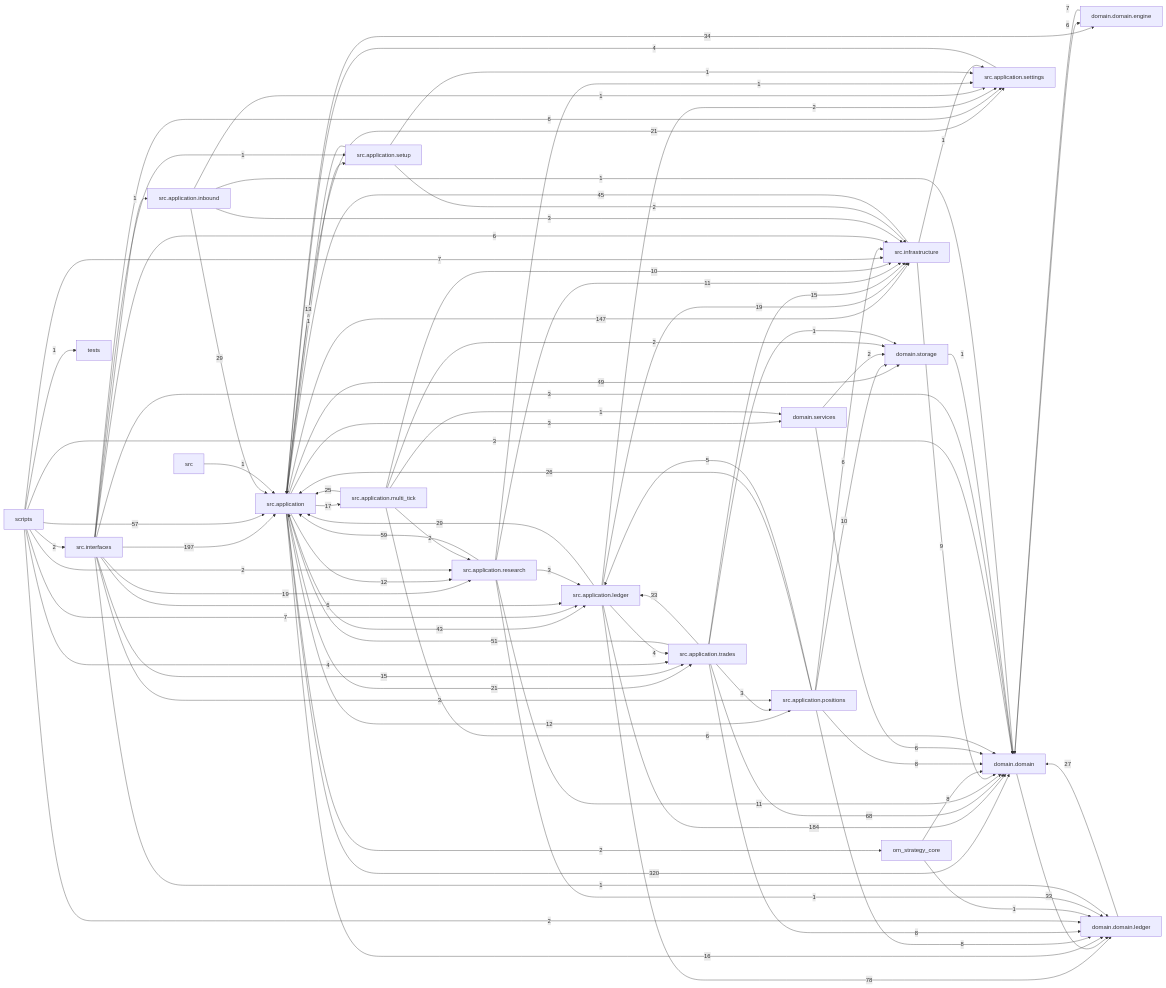
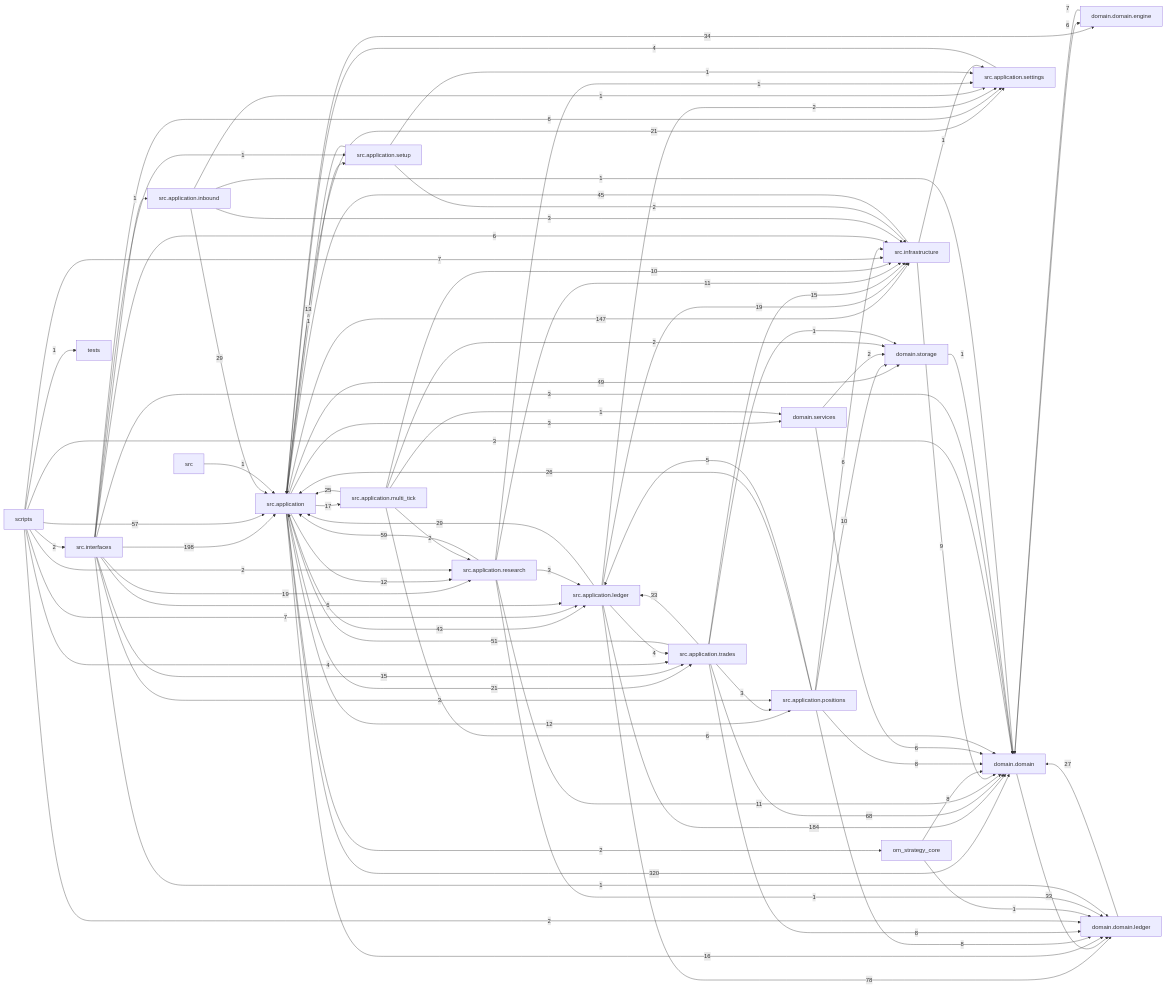
The diagram in docs/dependency_graph.mmd (liuxie066/options-monitor), drawn with Mermaid before and after one commit. The commit also changed 10 other files, not shown here.

```diff
--- a/docs/dependency_graph.mmd
+++ b/docs/dependency_graph.mmd
@@ -1,87 +1,87 @@
 flowchart LR
   src_application["src.application"] -->|320| domain_domain["domain.domain"]
-  src_interfaces["src.interfaces"] -->|197| src_application["src.application"]
+  src_interfaces["src.interfaces"] -->|198| src_application["src.application"]
   src_application_ledger["src.application.ledger"] -->|184| domain_domain["domain.domain"]
   src_application["src.application"] -->|147| src_infrastructure["src.infrastructure"]
   src_application_ledger["src.application.ledger"] -->|78| domain_domain_ledger["domain.domain.ledger"]
   src_application_trades["src.application.trades"] -->|68| domain_domain["domain.domain"]
   src_application_research["src.application.research"] -->|59| src_application["src.application"]
   scripts["scripts"] -->|57| src_application["src.application"]
   src_application_trades["src.application.trades"] -->|51| src_application["src.application"]
   src_application["src.application"] -->|49| domain_storage["domain.storage"]
   src_infrastructure["src.infrastructure"] -->|45| src_application["src.application"]
   src_application["src.application"] -->|43| src_application_ledger["src.application.ledger"]
   src_application["src.application"] -->|34| domain_domain_engine["domain.domain.engine"]
   domain_domain["domain.domain"] -->|33| domain_domain_ledger["domain.domain.ledger"]
   src_application_trades["src.application.trades"] -->|33| src_application_ledger["src.application.ledger"]
   src_application_inbound["src.application.inbound"] -->|29| src_application["src.application"]
   src_application_ledger["src.application.ledger"] -->|29| src_application["src.application"]
   domain_domain_ledger["domain.domain.ledger"] -->|27| domain_domain["domain.domain"]
   src_application_positions["src.application.positions"] -->|26| src_application["src.application"]
   src_application_multi_tick["src.application.multi_tick"] -->|25| src_application["src.application"]
   src_application["src.application"] -->|21| src_application_settings["src.application.settings"]
   src_application["src.application"] -->|21| src_application_trades["src.application.trades"]
   src_application_ledger["src.application.ledger"] -->|19| src_infrastructure["src.infrastructure"]
   src_interfaces["src.interfaces"] -->|19| src_application_research["src.application.research"]
   src_application["src.application"] -->|17| src_application_multi_tick["src.application.multi_tick"]
   src_application["src.application"] -->|16| domain_domain_ledger["domain.domain.ledger"]
   src_application_trades["src.application.trades"] -->|15| src_infrastructure["src.infrastructure"]
   src_interfaces["src.interfaces"] -->|15| src_application_trades["src.application.trades"]
   src_application_setup["src.application.setup"] -->|13| src_application["src.application"]
   src_application["src.application"] -->|12| src_application_positions["src.application.positions"]
   src_application["src.application"] -->|12| src_application_research["src.application.research"]
   src_application_research["src.application.research"] -->|11| domain_domain["domain.domain"]
   src_application_research["src.application.research"] -->|11| src_infrastructure["src.infrastructure"]
   src_application_multi_tick["src.application.multi_tick"] -->|10| src_infrastructure["src.infrastructure"]
   src_application_positions["src.application.positions"] -->|10| domain_storage["domain.storage"]
   src_infrastructure["src.infrastructure"] -->|9| domain_domain["domain.domain"]
   om_strategy_core["om_strategy_core"] -->|8| domain_domain["domain.domain"]
   src_application_positions["src.application.positions"] -->|8| domain_domain["domain.domain"]
   src_application_positions["src.application.positions"] -->|8| domain_domain_ledger["domain.domain.ledger"]
   src_application_trades["src.application.trades"] -->|8| domain_domain_ledger["domain.domain.ledger"]
   domain_domain_engine["domain.domain.engine"] -->|7| domain_domain["domain.domain"]
   scripts["scripts"] -->|7| src_application_ledger["src.application.ledger"]
   scripts["scripts"] -->|7| src_infrastructure["src.infrastructure"]
   domain_domain["domain.domain"] -->|6| domain_domain_engine["domain.domain.engine"]
   domain_services["domain.services"] -->|6| domain_domain["domain.domain"]
   src_application_multi_tick["src.application.multi_tick"] -->|6| domain_domain["domain.domain"]
   src_application_positions["src.application.positions"] -->|6| src_infrastructure["src.infrastructure"]
   src_interfaces["src.interfaces"] -->|6| src_application_ledger["src.application.ledger"]
   src_interfaces["src.interfaces"] -->|6| src_application_settings["src.application.settings"]
   src_interfaces["src.interfaces"] -->|6| src_infrastructure["src.infrastructure"]
   src_application_positions["src.application.positions"] -->|5| src_application_ledger["src.application.ledger"]
   scripts["scripts"] -->|4| src_application_trades["src.application.trades"]
   src_application_ledger["src.application.ledger"] -->|4| src_application_trades["src.application.trades"]
   src_application_settings["src.application.settings"] -->|4| src_application["src.application"]
   scripts["scripts"] -->|3| domain_domain["domain.domain"]
   src_application["src.application"] -->|3| domain_services["domain.services"]
   src_application_inbound["src.application.inbound"] -->|3| src_infrastructure["src.infrastructure"]
   src_application_research["src.application.research"] -->|3| src_application_ledger["src.application.ledger"]
   src_application_trades["src.application.trades"] -->|3| src_application_positions["src.application.positions"]
   src_interfaces["src.interfaces"] -->|3| domain_domain["domain.domain"]
   src_interfaces["src.interfaces"] -->|3| src_application_positions["src.application.positions"]
   domain_services["domain.services"] -->|2| domain_storage["domain.storage"]
   scripts["scripts"] -->|2| domain_domain_ledger["domain.domain.ledger"]
   scripts["scripts"] -->|2| src_application_research["src.application.research"]
   scripts["scripts"] -->|2| src_interfaces["src.interfaces"]
   src_application["src.application"] -->|2| om_strategy_core["om_strategy_core"]
   src_application_ledger["src.application.ledger"] -->|2| src_application_settings["src.application.settings"]
   src_application_multi_tick["src.application.multi_tick"] -->|2| domain_storage["domain.storage"]
   src_application_multi_tick["src.application.multi_tick"] -->|2| src_application_research["src.application.research"]
   src_application_setup["src.application.setup"] -->|2| src_infrastructure["src.infrastructure"]
   domain_storage["domain.storage"] -->|1| domain_domain["domain.domain"]
   om_strategy_core["om_strategy_core"] -->|1| domain_domain_ledger["domain.domain.ledger"]
   scripts["scripts"] -->|1| tests["tests"]
   src["src"] -->|1| src_application["src.application"]
   src_application["src.application"] -->|1| src_application_setup["src.application.setup"]
   src_application_inbound["src.application.inbound"] -->|1| domain_domain["domain.domain"]
   src_application_inbound["src.application.inbound"] -->|1| src_application_settings["src.application.settings"]
   src_application_multi_tick["src.application.multi_tick"] -->|1| domain_services["domain.services"]
   src_application_research["src.application.research"] -->|1| domain_domain_ledger["domain.domain.ledger"]
   src_application_research["src.application.research"] -->|1| src_application_settings["src.application.settings"]
   src_application_setup["src.application.setup"] -->|1| src_application_settings["src.application.settings"]
   src_application_trades["src.application.trades"] -->|1| domain_storage["domain.storage"]
   src_infrastructure["src.infrastructure"] -->|1| src_application_settings["src.application.settings"]
   src_interfaces["src.interfaces"] -->|1| domain_domain_ledger["domain.domain.ledger"]
   src_interfaces["src.interfaces"] -->|1| src_application_inbound["src.application.inbound"]
   src_interfaces["src.interfaces"] -->|1| src_application_setup["src.application.setup"]
```
